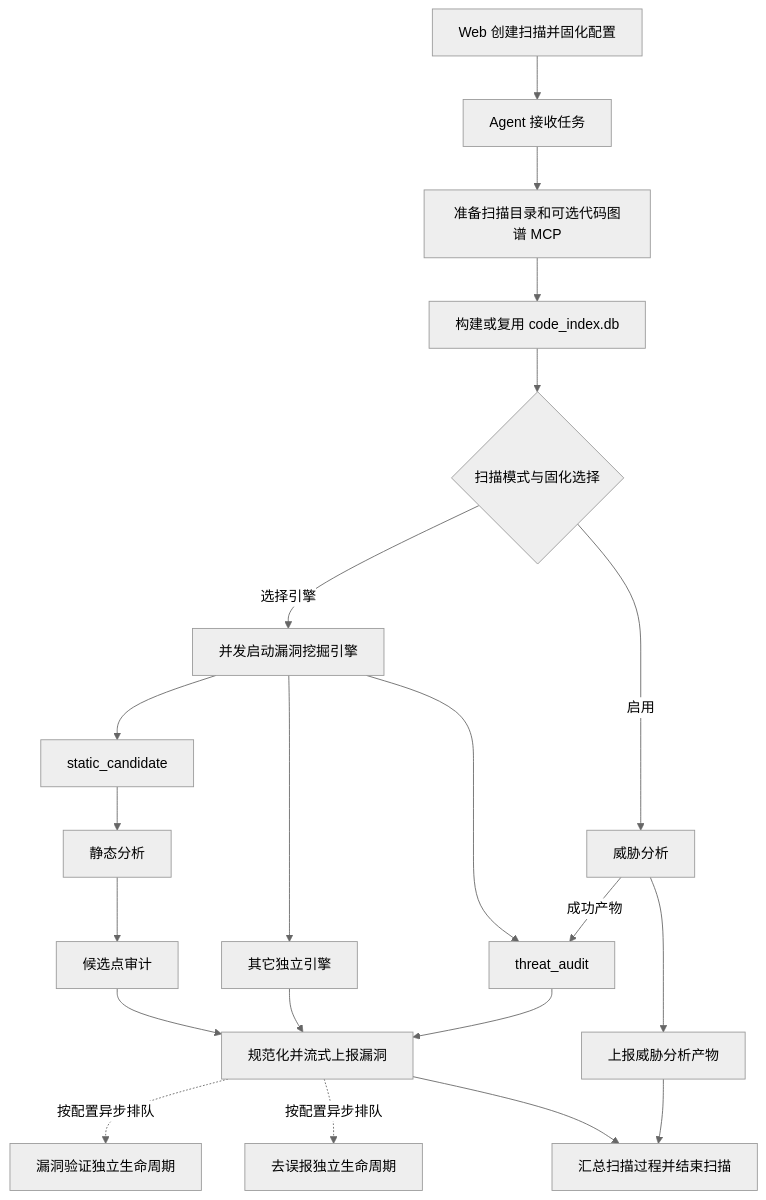
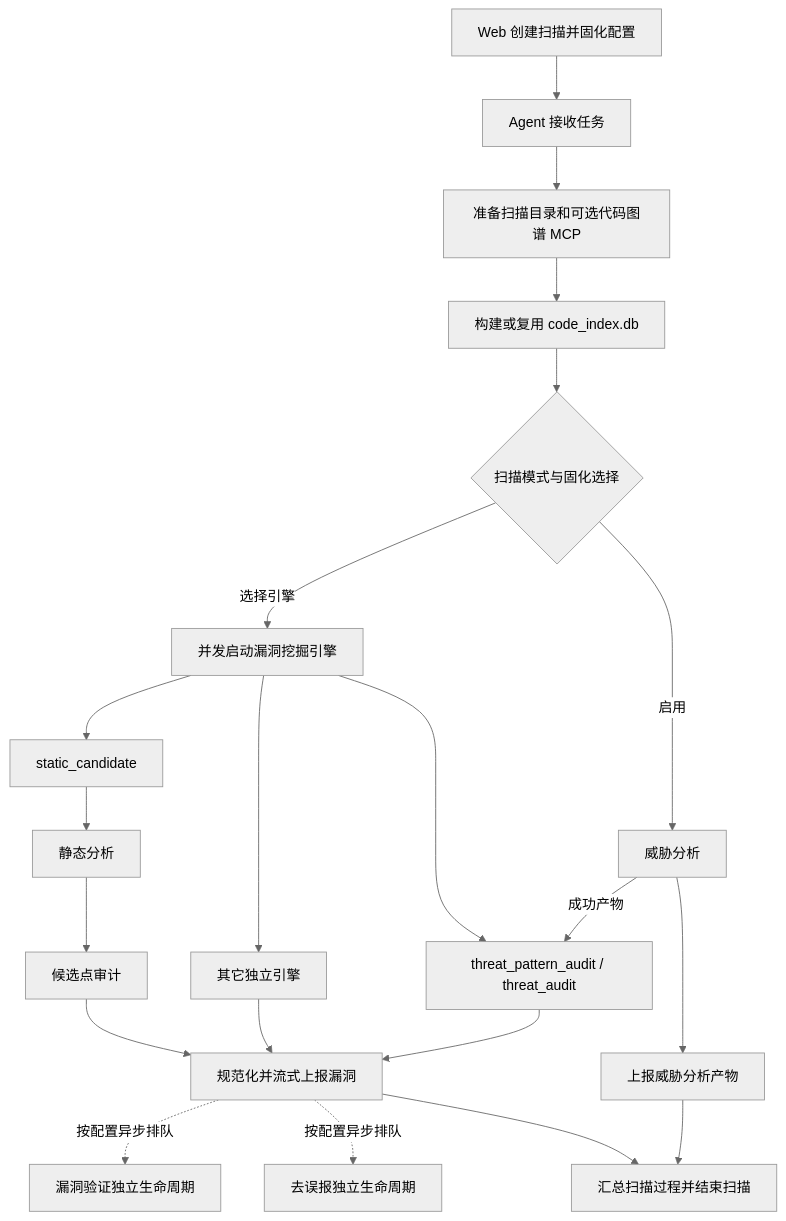
Before and after one commit to rainyutang/OpenDeepHole: the diagram in docs/framework_development.md, drawn with Mermaid (neutral theme). The commit also changed other lines of this file and 11 other files, not shown here.

Commit message:
feat: use threat pattern audit in fixed modes

````diff
--- a/docs/framework_development.md
+++ b/docs/framework_development.md
@@ -38,29 +38,29 @@
 ```mermaid
 flowchart TD
     A[Web 创建扫描并固化配置] --> B[Agent 接收任务]
     B --> C[准备扫描目录和可选代码图谱 MCP]
     C --> D[构建或复用 code_index.db]
     D --> E{扫描模式与固化选择}
 
     E -->|启用| TA[威胁分析]
     E -->|选择引擎| ME[并发启动漏洞挖掘引擎]
 
     ME --> SC[static_candidate]
     SC --> SA[静态分析]
     SA --> CA[候选点审计]
 
     ME --> EXT[其它独立引擎]
-    ME --> TH[threat_audit]
+    ME --> TH[threat_pattern_audit / threat_audit]
     TA -->|成功产物| TH
 
     CA --> R[规范化并流式上报漏洞]
     EXT --> R
     TH --> R
 
     R -.按配置异步排队.-> V[漏洞验证独立生命周期]
     R -.按配置异步排队.-> FP[去误报独立生命周期]
     TA --> AR[上报威胁分析产物]
 
     R --> F[汇总扫描过程并结束扫描]
     AR --> F
 ```
````
